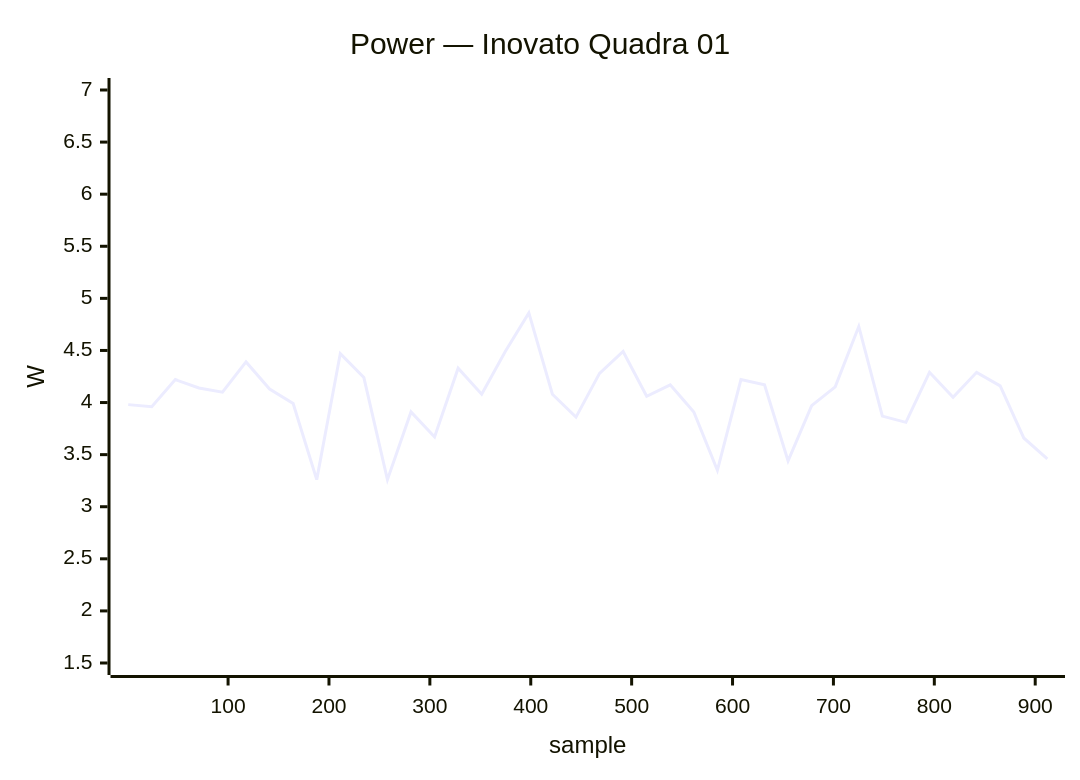
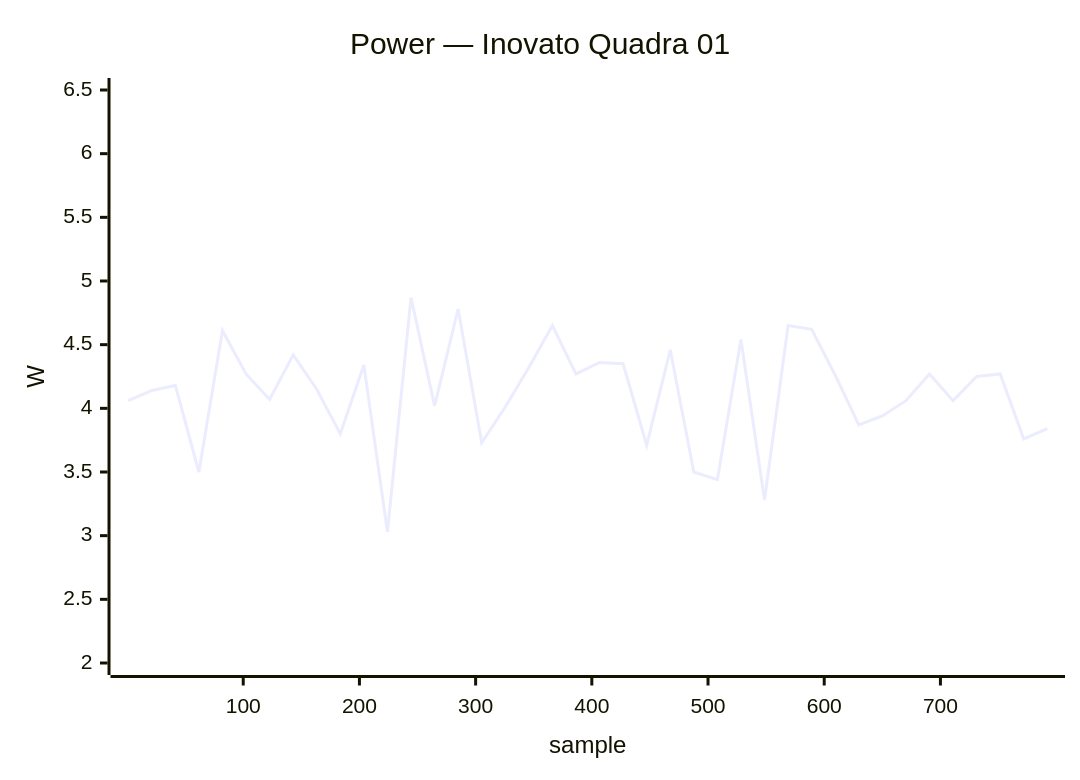
Diagram 14 of 34 in docs/status/board-tests.md (armbian/documentation), drawn with Mermaid before and after one commit. The commit also changed other lines of this file, not shown here.

````diff
--- a/docs/status/board-tests.md
+++ b/docs/status/board-tests.md
@@ -1297,7 +645,7 @@
 ```mermaid
 xychart-beta
     title "Power — Inovato Quadra 01"
-    x-axis "sample" 1 --> 912
-    y-axis "W" 1.5 --> 7.0
-    line [3.98, 3.96, 4.22, 4.14, 4.10, 4.39, 4.13, 3.99, 3.26, 4.47, 4.24, 3.26, 3.91, 3.67, 4.33, 4.08, 4.49, 4.86, 4.08, 3.86, 4.28, 4.49, 4.06, 4.17, 3.91, 3.35, 4.22, 4.17, 3.44, 3.97, 4.15, 4.73, 3.87, 3.81, 4.29, 4.05, 4.29, 4.16, 3.66, 3.46]
+    x-axis "sample" 1 --> 792
+    y-axis "W" 2.0 --> 6.5
+    line [4.06, 4.14, 4.18, 3.50, 4.61, 4.27, 4.07, 4.42, 4.15, 3.80, 4.34, 3.03, 4.87, 4.02, 4.78, 3.73, 4.01, 4.32, 4.65, 4.27, 4.36, 4.35, 3.71, 4.46, 3.50, 3.44, 4.54, 3.28, 4.65, 4.62, 4.26, 3.87, 3.94, 4.06, 4.27, 4.06, 4.25, 4.27, 3.76, 3.84]
 ```
````
